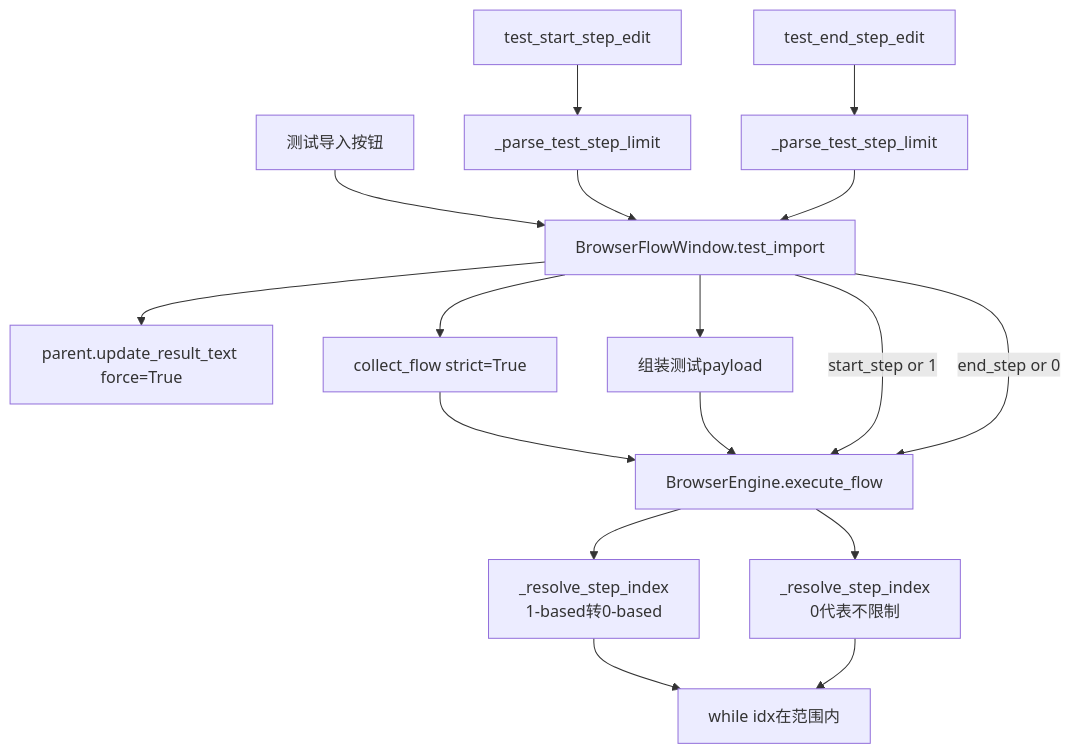
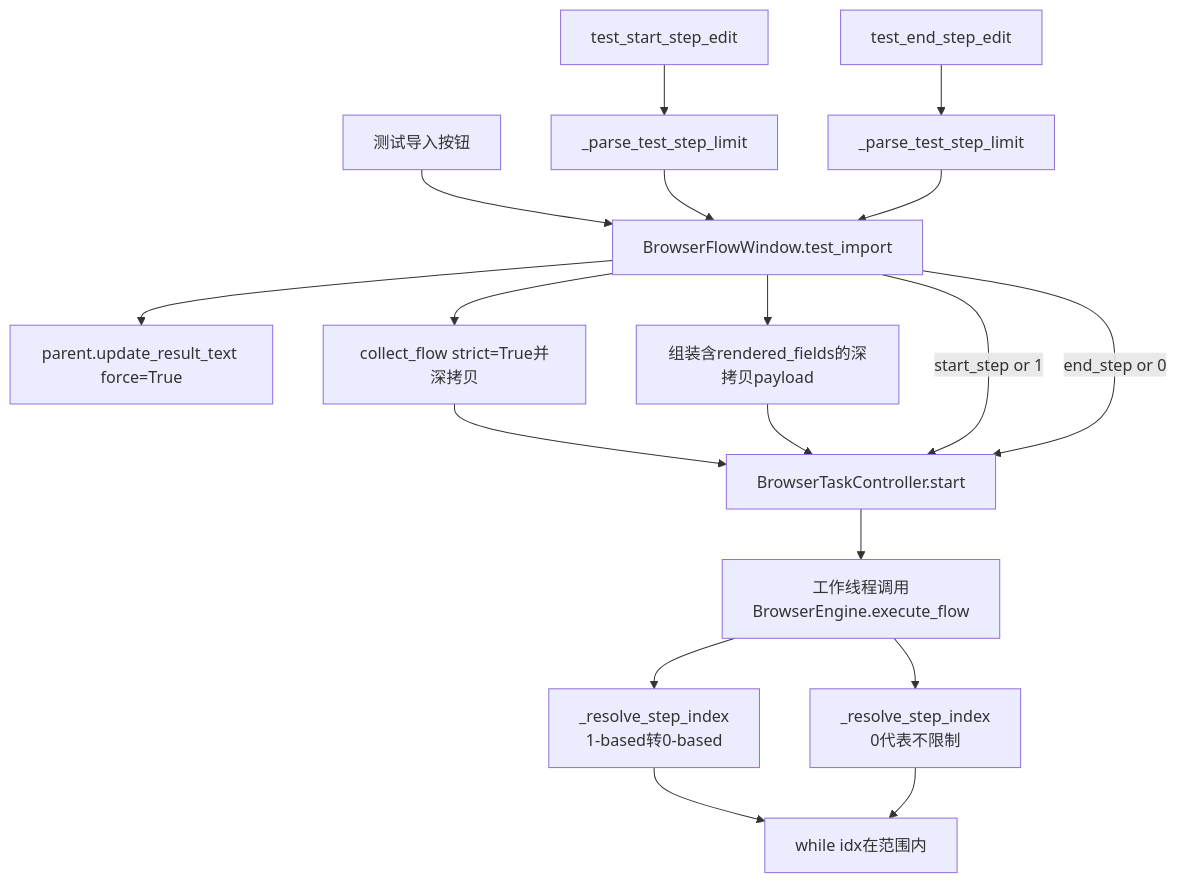
Diagram 15 of 25 in 变量函数关系流程图.md (wcnd001/PEditor), drawn with Mermaid before and after one commit. The commit also changed other lines of this file and 6 other files, not shown here.

````diff
--- a/变量函数关系流程图.md
+++ b/变量函数关系流程图.md
@@ -652,25 +681,26 @@
 ```mermaid
 flowchart TB
     BTN[测试导入按钮]
     STARTUI[test_start_step_edit]
     ENDUI[test_end_step_edit]
 
     BTN --> TEST[BrowserFlowWindow.test_import]
     STARTUI --> PARSE1[_parse_test_step_limit]
     ENDUI --> PARSE2[_parse_test_step_limit]
     PARSE1 --> TEST
     PARSE2 --> TEST
 
     TEST --> UPDATE[parent.update_result_text force=True]
-    TEST --> FLOW[collect_flow strict=True]
-    TEST --> PAYLOAD[组装测试payload]
-    FLOW --> EXEC[BrowserEngine.execute_flow]
-    PAYLOAD --> EXEC
-    TEST -->|start_step or 1| EXEC
-    TEST -->|end_step or 0| EXEC
+    TEST --> FLOW[collect_flow strict=True并深拷贝]
+    TEST --> PAYLOAD[组装含rendered_fields的深拷贝payload]
+    FLOW --> THREAD[BrowserTaskController.start]
+    PAYLOAD --> THREAD
+    TEST -->|start_step or 1| THREAD
+    TEST -->|end_step or 0| THREAD
+    THREAD --> EXEC[工作线程调用BrowserEngine.execute_flow]
 
     EXEC --> STARTIDX[_resolve_step_index\n1-based转0-based]
     EXEC --> ENDIDX[_resolve_step_index\n0代表不限制]
     STARTIDX --> LOOP[while idx在范围内]
     ENDIDX --> LOOP
 ```
````
